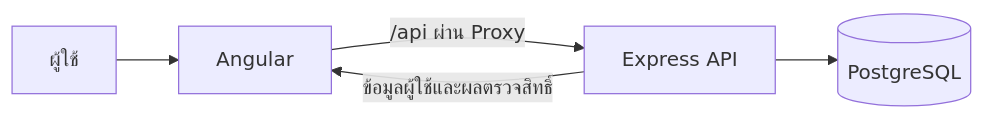
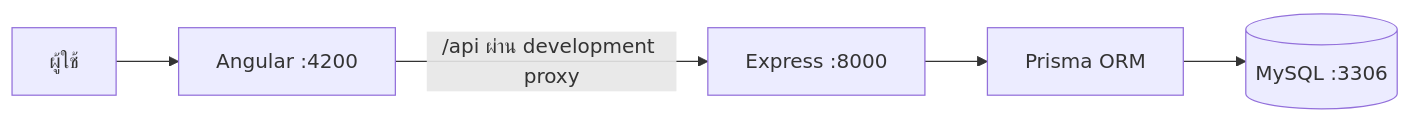
One commit to Luxia001/rich_testing changed the diagram in README.md. Above: the diagram before and after it, drawn with Mermaid. The commit also changed other lines of this file and 72 other files, not shown here.

````diff
--- a/README.md
+++ b/README.md
@@ -17,7 +15,7 @@
 ```mermaid
 flowchart LR
-    U[ผู้ใช้] --> FE[Angular]
-    FE -->|/api ผ่าน Proxy| BE[Express API]
-    BE --> DB[(PostgreSQL)]
-    BE -->|ข้อมูลผู้ใช้และผลตรวจสิทธิ์| FE
+    U[ผู้ใช้] --> FE[Angular :4200]
+    FE -->|/api ผ่าน development proxy| BE[Express :8000]
+    BE --> P[Prisma ORM]
+    P --> DB[(MySQL :3306)]
 ```
````
